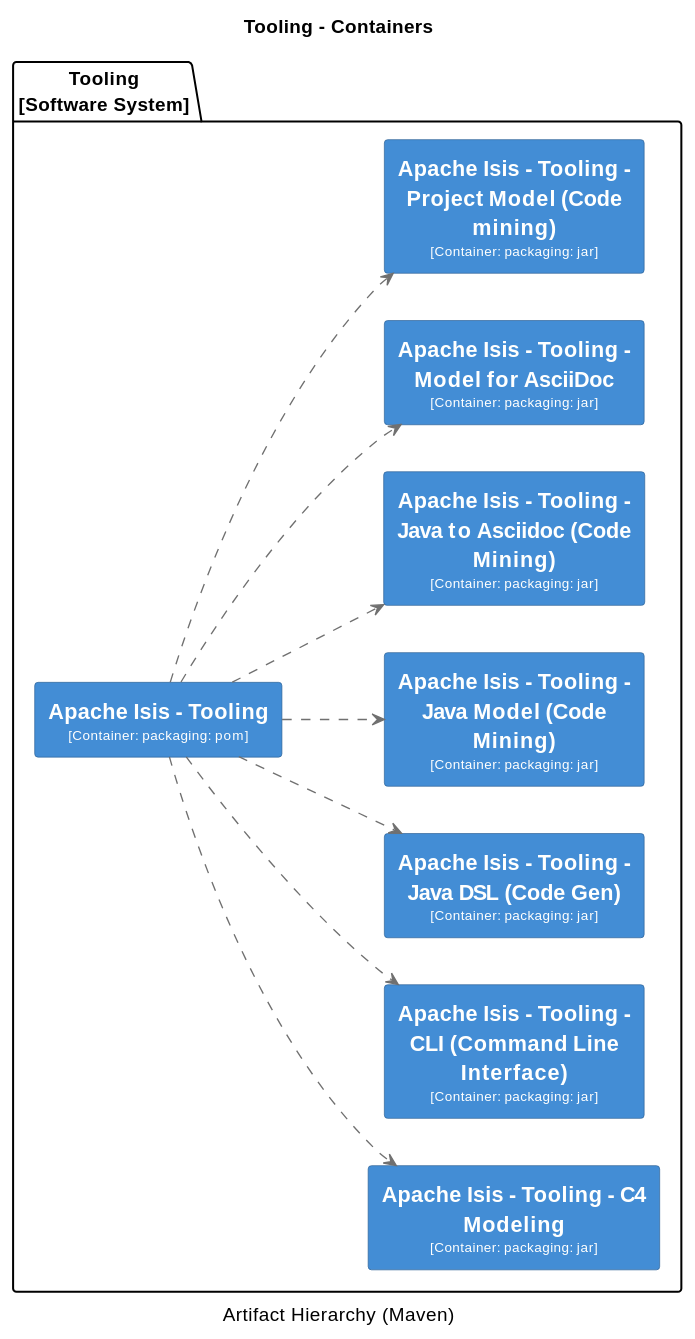
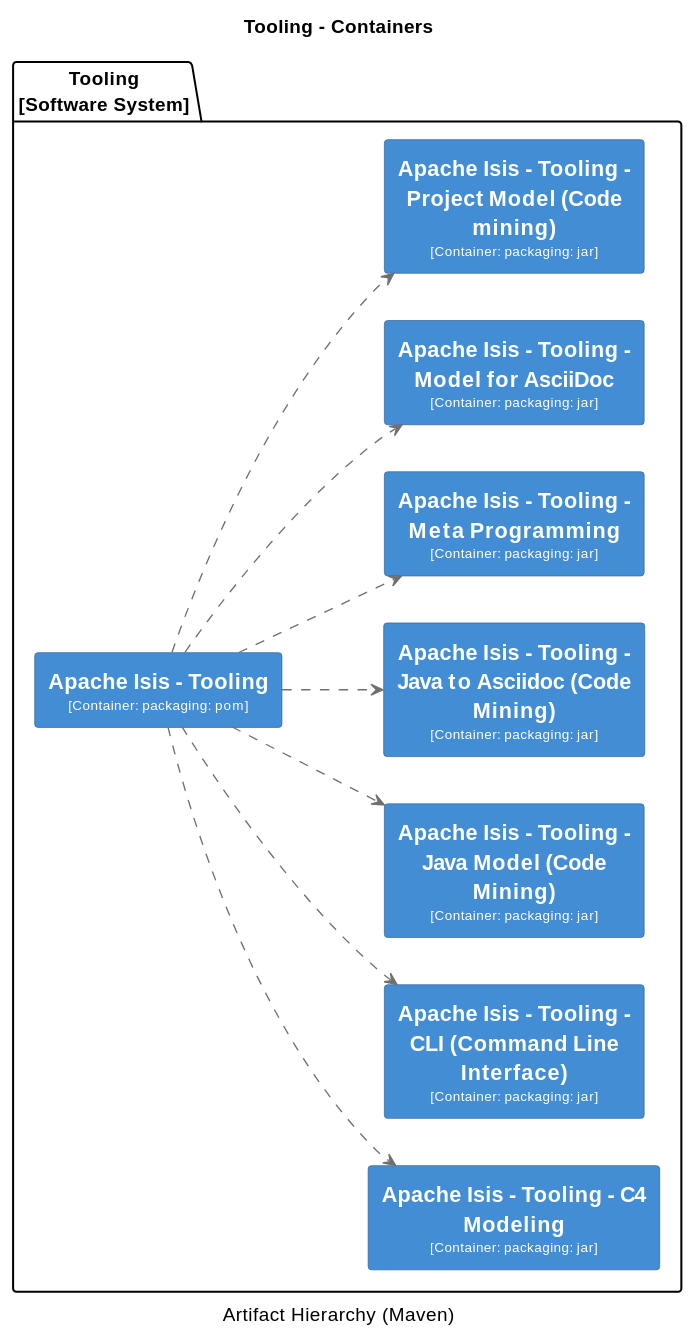
One commit to apache/causeway changed diagram 25 of 32 in core/adoc/modules/_overview/pages/about.adoc. Above: the diagram before and after it, drawn with PlantUML. The commit also changed other lines of this file and 20 other files, not shown here.

```diff
--- a/core/adoc/modules/_overview/pages/about.adoc
+++ b/core/adoc/modules/_overview/pages/about.adoc
@@ -5628,74 +5382,74 @@
 [plantuml,Tooling,svg]
 ----
 @startuml(id=Tooling)
 title Tooling - Containers
 caption Artifact Hierarchy (Maven)
 
 skinparam {
   shadowing false
   arrowFontSize 10
   defaultTextAlignment center
   wrapWidth 200
   maxMessageSize 100
 }
 hide stereotype
 left to right direction
 skinparam rectangle<<2>> {
   BackgroundColor #438dd5
   FontColor #fffffe
   BorderColor #2E6295
 }
 skinparam rectangle<<3>> {
   BackgroundColor #438dd5
   FontColor #fffffe
   BorderColor #2E6295
 }
 skinparam rectangle<<4>> {
   BackgroundColor #438dd5
   FontColor #fffffe
   BorderColor #2E6295
 }
 skinparam rectangle<<5>> {
   BackgroundColor #438dd5
   FontColor #fffffe
   BorderColor #2E6295
 }
 skinparam rectangle<<6>> {
   BackgroundColor #438dd5
   FontColor #fffffe
   BorderColor #2E6295
 }
 skinparam rectangle<<7>> {
   BackgroundColor #438dd5
   FontColor #fffffe
   BorderColor #2E6295
 }
 skinparam rectangle<<8>> {
   BackgroundColor #438dd5
   FontColor #fffffe
   BorderColor #2E6295
 }
 skinparam rectangle<<9>> {
   BackgroundColor #438dd5
   FontColor #fffffe
   BorderColor #2E6295
 }
 package "Tooling\n[Software System]" {
   rectangle "==Apache Isis - Tooling\n<size:10>[Container: packaging: pom]</size>" <<2>> as 2
   rectangle "==Apache Isis - Tooling - C4 Modeling\n<size:10>[Container: packaging: jar]</size>" <<3>> as 3
   rectangle "==Apache Isis - Tooling - CLI (Command Line Interface)\n<size:10>[Container: packaging: jar]</size>" <<4>> as 4
-  rectangle "==Apache Isis - Tooling - Java DSL (Code Gen)\n<size:10>[Container: packaging: jar]</size>" <<5>> as 5
-  rectangle "==Apache Isis - Tooling - Java Model (Code Mining)\n<size:10>[Container: packaging: jar]</size>" <<7>> as 7
-  rectangle "==Apache Isis - Tooling - Java to Asciidoc (Code Mining)\n<size:10>[Container: packaging: jar]</size>" <<6>> as 6
+  rectangle "==Apache Isis - Tooling - Java Model (Code Mining)\n<size:10>[Container: packaging: jar]</size>" <<6>> as 6
+  rectangle "==Apache Isis - Tooling - Java to Asciidoc (Code Mining)\n<size:10>[Container: packaging: jar]</size>" <<5>> as 5
+  rectangle "==Apache Isis - Tooling - Meta Programming\n<size:10>[Container: packaging: jar]</size>" <<7>> as 7
   rectangle "==Apache Isis - Tooling - Model for AsciiDoc\n<size:10>[Container: packaging: jar]</size>" <<8>> as 8
   rectangle "==Apache Isis - Tooling - Project Model (Code mining)\n<size:10>[Container: packaging: jar]</size>" <<9>> as 9
 }
 2 .[#707070].> 3 : ""
 2 .[#707070].> 4 : ""
+2 .[#707070].> 6 : ""
 2 .[#707070].> 5 : ""
 2 .[#707070].> 7 : ""
-2 .[#707070].> 6 : ""
 2 .[#707070].> 8 : ""
 2 .[#707070].> 9 : ""
 @enduml
 ----
```
